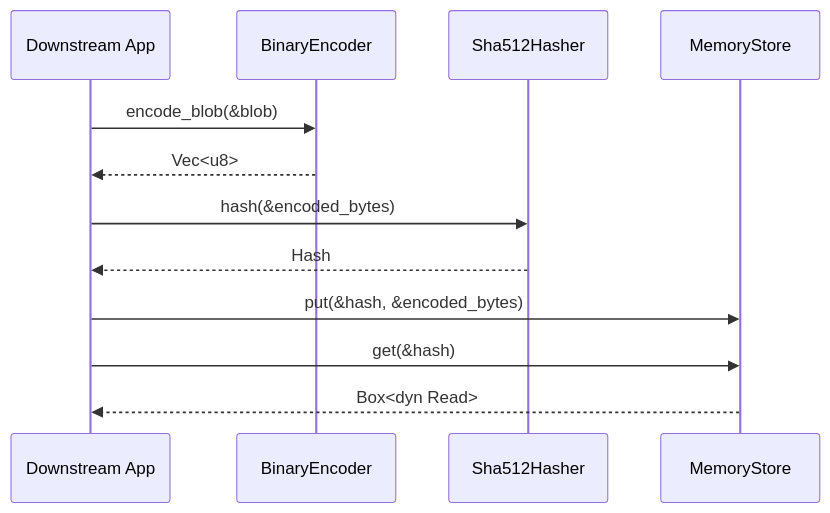
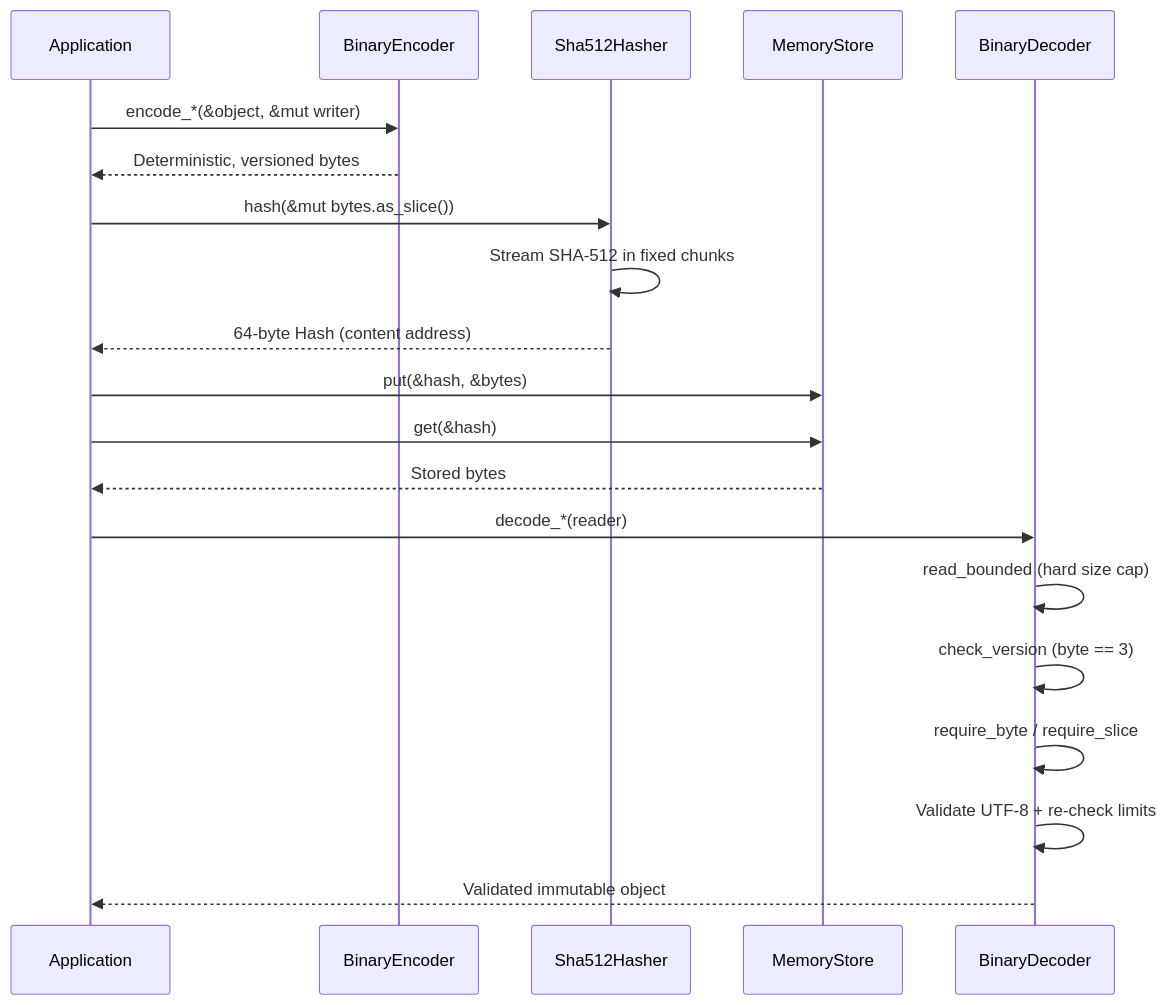
Before and after one commit to mroczect/libvctrl: the third of 5 diagrams in libvctrl_core/README.md, drawn with Mermaid. The commit also changed other lines of this file and 9 other files, not shown here.

````diff
--- a/libvctrl_core/README.md
+++ b/libvctrl_core/README.md
@@ -142,15 +118,23 @@
 ```mermaid
 sequenceDiagram
-    participant App as Downstream App
-    participant Enc as BinaryEncoder
-    participant Hash as Sha512Hasher
-    participant Store as MemoryStore
+    participant App as Application
+    participant E as BinaryEncoder
+    participant H as Sha512Hasher
+    participant S as MemoryStore
+    participant D as BinaryDecoder
 
-    App->>Enc: encode_blob(&blob)
-    Enc-->>App: Vec<u8>
-    App->>Hash: hash(&encoded_bytes)
-    Hash-->>App: Hash
-    App->>Store: put(&hash, &encoded_bytes)
-    App->>Store: get(&hash)
-    Store-->>App: Box<dyn Read>
+    App->>E: encode_*(&object, &mut writer)
+    E-->>App: Deterministic, versioned bytes
+    App->>H: hash(&mut bytes.as_slice())
+    H->>H: Stream SHA-512 in fixed chunks
+    H-->>App: 64-byte Hash (content address)
+    App->>S: put(&hash, &bytes)
+    App->>S: get(&hash)
+    S-->>App: Stored bytes
+    App->>D: decode_*(reader)
+    D->>D: read_bounded (hard size cap)
+    D->>D: check_version (byte == 3)
+    D->>D: require_byte / require_slice
+    D->>D: Validate UTF-8 + re-check limits
+    D-->>App: Validated immutable object
 ```
````
